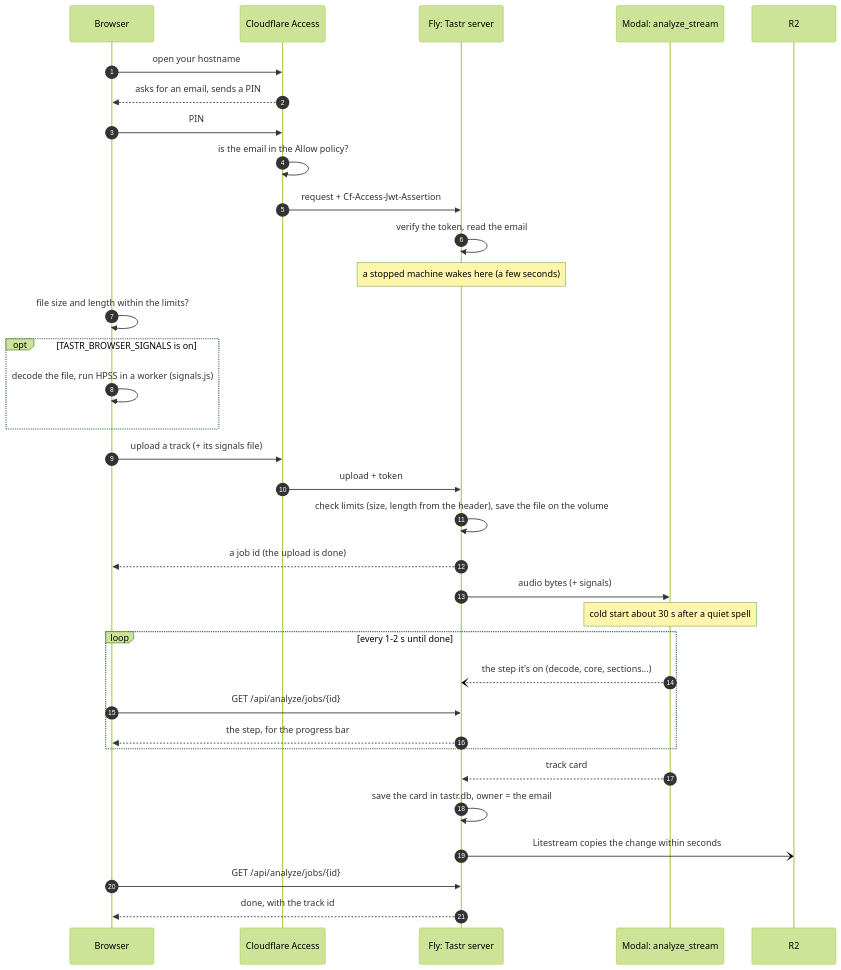
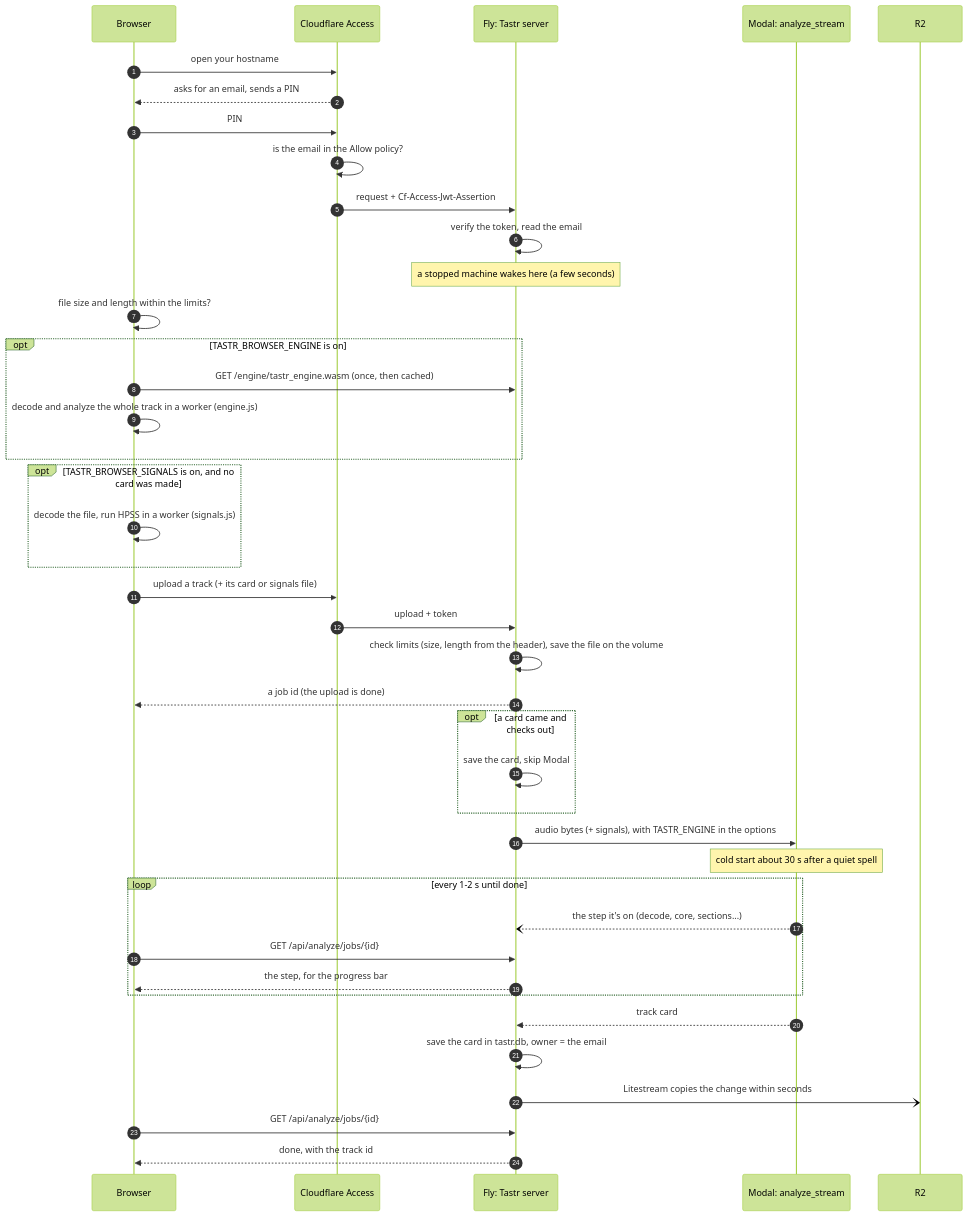
The second of 2 diagrams in docs/hosting-map.md (pocketIlmatto/tastr), drawn with Mermaid (forest theme) before and after one commit. The commit also changed other lines of this file and 27 other files, not shown here.

First line of the commit message:
Rust engine P4: TASTR_ENGINE=rust and whole cards in the browser, behind flags (#47)

````diff
--- a/docs/hosting-map.md
+++ b/docs/hosting-map.md
@@ -67,36 +67,43 @@
 ```mermaid
 sequenceDiagram
   autonumber
   participant B as Browser
   participant C as Cloudflare Access
   participant W as Fly: Tastr server
   participant M as Modal: analyze_stream
   participant R as R2
   B->>C: open your hostname
   C-->>B: asks for an email, sends a PIN
   B->>C: PIN
   C->>C: is the email in the Allow policy?
   C->>W: request + Cf-Access-Jwt-Assertion
   W->>W: verify the token, read the email
   Note over W: a stopped machine wakes here (a few seconds)
   B->>B: file size and length within the limits?
-  opt TASTR_BROWSER_SIGNALS is on
+  opt TASTR_BROWSER_ENGINE is on
+    B->>W: GET /engine/tastr_engine.wasm (once, then cached)
+    B->>B: decode and analyze the whole track in a worker (engine.js)
+  end
+  opt TASTR_BROWSER_SIGNALS is on, and no card was made
     B->>B: decode the file, run HPSS in a worker (signals.js)
   end
-  B->>C: upload a track (+ its signals file)
+  B->>C: upload a track (+ its card or signals file)
   C->>W: upload + token
   W->>W: check limits (size, length from the header), save the file on the volume
   W-->>B: a job id (the upload is done)
-  W->>M: audio bytes (+ signals)
+  opt a card came and checks out
+    W->>W: save the card, skip Modal
+  end
+  W->>M: audio bytes (+ signals), with TASTR_ENGINE in the options
   Note over M: cold start about 30 s after a quiet spell
   loop every 1-2 s until done
     M--)W: the step it's on (decode, core, sections...)
     B->>W: GET /api/analyze/jobs/{id}
     W-->>B: the step, for the progress bar
   end
   M-->>W: track card
   W->>W: save the card in tastr.db, owner = the email
   W-)R: Litestream copies the change within seconds
   B->>W: GET /api/analyze/jobs/{id}
   W-->>B: done, with the track id
 ```
````
